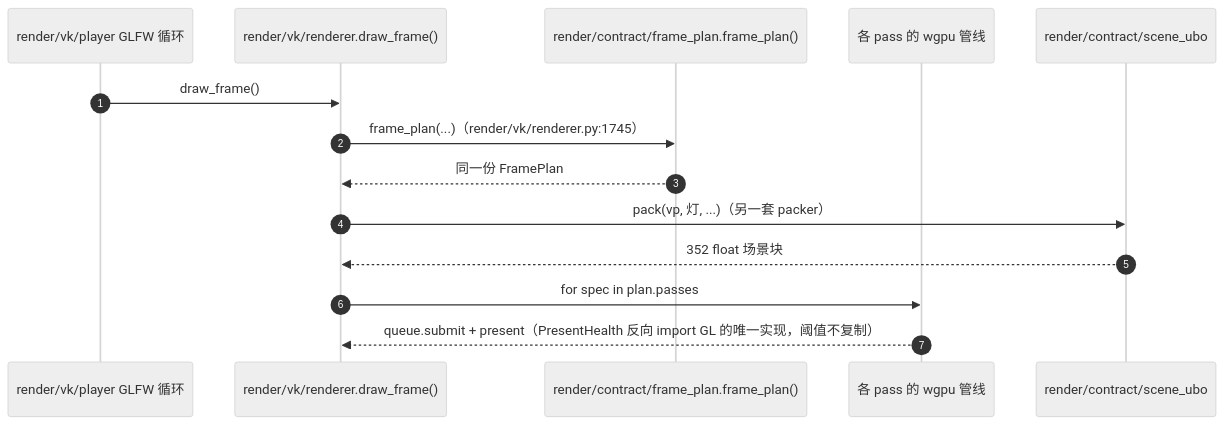
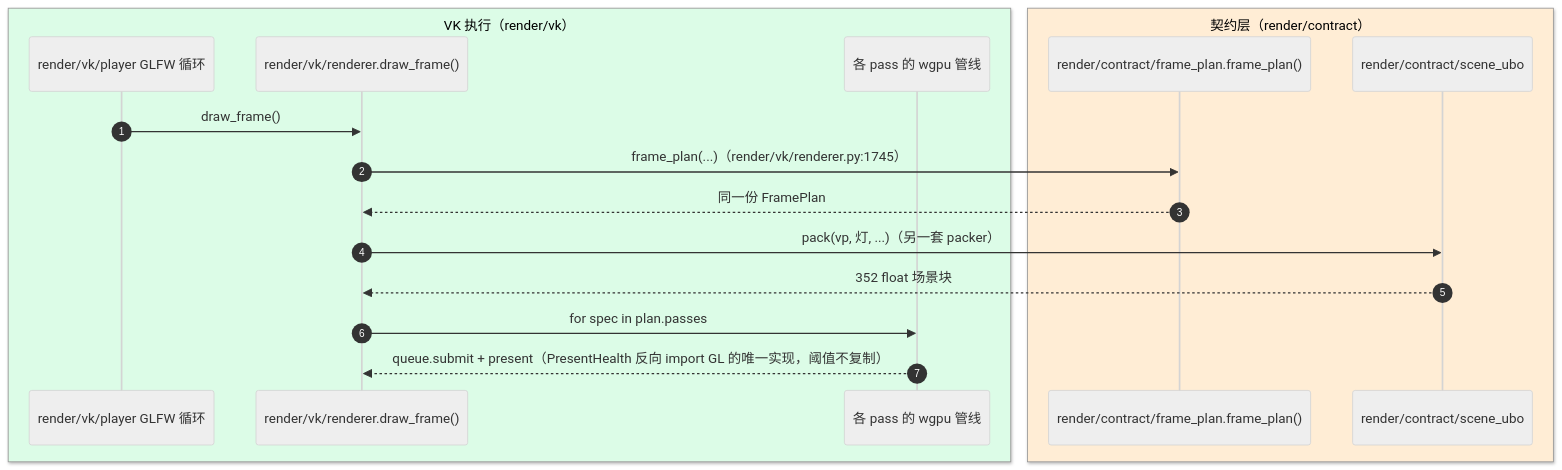
Before and after one commit to lhy302/WeaveEngine: diagram 15 of 23 in ARCHITECTURE.md, drawn with Mermaid (neutral theme). The commit also changed other lines of this file, not shown here.

Commit message:
docs: 图 8~14 全部改为功能模块分框结构（含事实实测刷新）

````diff
--- a/ARCHITECTURE.md
+++ b/ARCHITECTURE.md
@@ -773,16 +815,20 @@
 ```mermaid
 sequenceDiagram
   autonumber
-  participant W as render/vk/player GLFW 循环
-  participant R as render/vk/renderer.draw_frame()
-  participant PL as render/contract/frame_plan.frame_plan()
-  participant P as 各 pass 的 wgpu 管线
-  participant U as render/contract/scene_ubo
+  box rgb(220,252,231) VK 执行（render/vk）
+    participant W as render/vk/player GLFW 循环
+    participant R as render/vk/renderer.draw_frame()
+    participant P as 各 pass 的 wgpu 管线
+  end
+  box rgb(255,237,213) 契约层（render/contract）
+    participant PL as render/contract/frame_plan.frame_plan()
+    participant U as render/contract/scene_ubo
+  end
   W->>R: draw_frame()
   R->>PL: frame_plan(...)（render/vk/renderer.py:1745）
   PL-->>R: 同一份 FramePlan
   R->>U: pack(vp, 灯, ...)（另一套 packer）
   U-->>R: 352 float 场景块
   R->>P: for spec in plan.passes
   P-->>R: queue.submit + present（PresentHealth 反向 import GL 的唯一实现，阈值不复制）
 ```
````
